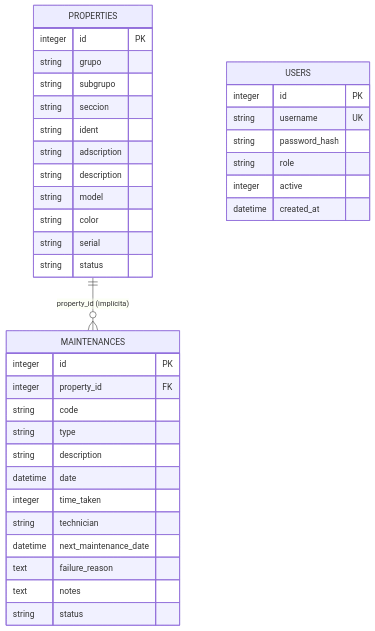
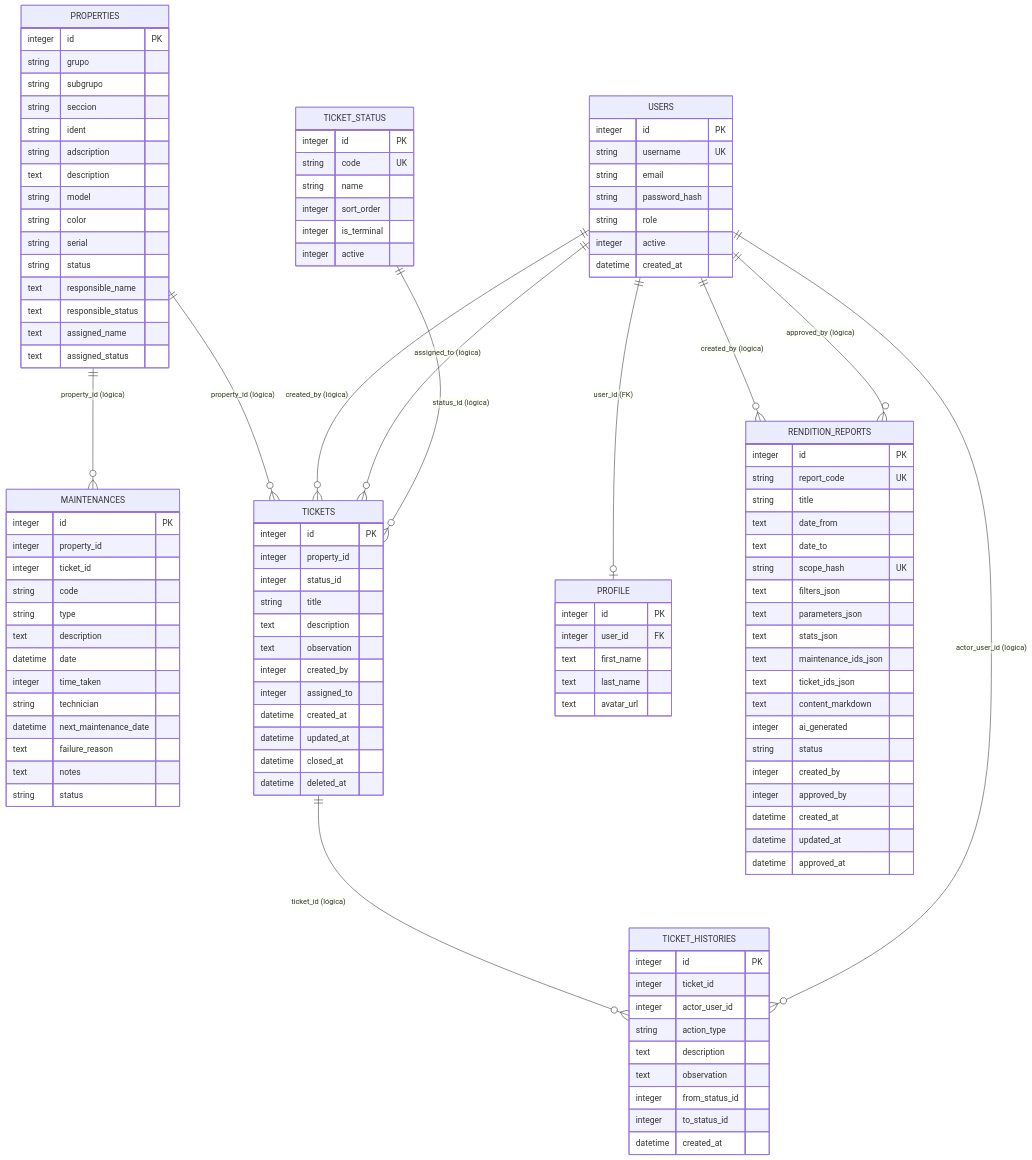
One commit to noemdb/systec changed the diagram in grafo/modelo-datos.md. Above: the diagram before and after it, drawn with Mermaid. The commit also changed other lines of this file and 38 other files, not shown here.

````diff
--- a/grafo/modelo-datos.md
+++ b/grafo/modelo-datos.md
@@ -11,6 +11,15 @@
 ```mermaid
 erDiagram
-    PROPERTIES ||--o{ MAINTENANCES : "property_id (implícita)"
+    PROPERTIES ||--o{ MAINTENANCES : "property_id (lógica)"
+    PROPERTIES ||--o{ TICKETS : "property_id (lógica)"
+    USERS ||--o| PROFILE : "user_id (FK)"
+    USERS ||--o{ TICKETS : "created_by (lógica)"
+    USERS ||--o{ TICKETS : "assigned_to (lógica)"
+    TICKET_STATUS ||--o{ TICKETS : "status_id (lógica)"
+    TICKETS ||--o{ TICKET_HISTORIES : "ticket_id (lógica)"
+    USERS ||--o{ TICKET_HISTORIES : "actor_user_id (lógica)"
+    USERS ||--o{ RENDITION_REPORTS : "created_by (lógica)"
+    USERS ||--o{ RENDITION_REPORTS : "approved_by (lógica)"
 
     PROPERTIES {
         integer id PK
@@ -19,19 +28,24 @@
         string seccion
         string ident
         string adscription
-        string description
+        text description
         string model
         string color
         string serial
         string status
+        text responsible_name
+        text responsible_status
+        text assigned_name
+        text assigned_status
     }
 
     MAINTENANCES {
         integer id PK
-        integer property_id FK
+        integer property_id
+        integer ticket_id
         string code
         string type
-        string description
+        text description
         datetime date
         integer time_taken
         string technician
@@ -44,9 +58,76 @@
     USERS {
         integer id PK
         string username UK
+        string email
         string password_hash
         string role
         integer active
         datetime created_at
     }
+
+    PROFILE {
+        integer id PK
+        integer user_id FK
+        text first_name
+        text last_name
+        text avatar_url
+    }
+
+    TICKET_STATUS {
+        integer id PK
+        string code UK
+        string name
+        integer sort_order
+        integer is_terminal
+        integer active
+    }
+
+    TICKETS {
+        integer id PK
+        integer property_id
+        integer status_id
+        string title
+        text description
+        text observation
+        integer created_by
+        integer assigned_to
+        datetime created_at
+        datetime updated_at
+        datetime closed_at
+        datetime deleted_at
+    }
+
+    TICKET_HISTORIES {
+        integer id PK
+        integer ticket_id
+        integer actor_user_id
+        string action_type
+        text description
+        text observation
+        integer from_status_id
+        integer to_status_id
+        datetime created_at
+    }
+
+    RENDITION_REPORTS {
+        integer id PK
+        string report_code UK
+        string title
+        text date_from
+        text date_to
+        string scope_hash UK
+        text filters_json
+        text parameters_json
+        text stats_json
+        text maintenance_ids_json
+        text ticket_ids_json
+        text content_markdown
+        integer ai_generated
+        string status
+        integer created_by
+        integer approved_by
+        datetime created_at
+        datetime updated_at
+        datetime approved_at
+    }
 ```
````
